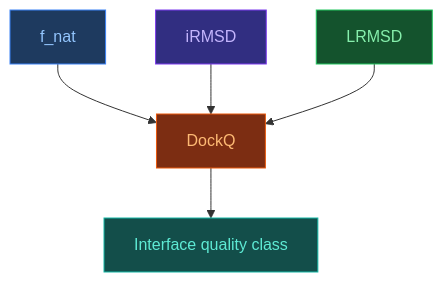
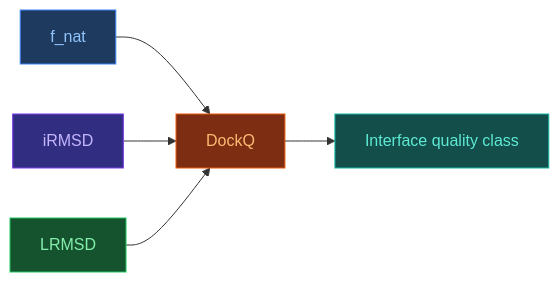
One commit to OlehVolkov/AlphaFold3-AIGen-KnowledgeBase changed the diagram in EN/2. Concepts/2.3. Structural-Bioinformatics/2.3.3. DockQ.md. Above: the diagram before and after it, drawn with Mermaid. The commit also changed 33 other files, not shown here.

Commit message:
Linting and fixes in diagrams

````diff
--- a/EN/2. Concepts/2.3. Structural-Bioinformatics/2.3.3. DockQ.md
+++ b/EN/2. Concepts/2.3. Structural-Bioinformatics/2.3.3. DockQ.md
@@ -39,20 +39,20 @@
 ```mermaid
-flowchart TD
+flowchart LR
     FN["f_nat"]:::input
     IR["iRMSD"]:::trunk
     LR["LRMSD"]:::diffusion
     DQ["DockQ"]:::confidence
     OUT["Interface quality class"]:::output
 
     FN --> DQ
     IR --> DQ
     LR --> DQ
     DQ --> OUT
 
     classDef input fill:#1e3a5f,stroke:#3b82f6,color:#93c5fd
     classDef trunk fill:#312e81,stroke:#7c3aed,color:#c4b5fd
     classDef diffusion fill:#14532d,stroke:#22c55e,color:#86efac
     classDef confidence fill:#7c2d12,stroke:#ea580c,color:#fdba74
     classDef output fill:#134e4a,stroke:#14b8a6,color:#5eead4
     classDef neutral fill:#1e293b,stroke:#475569,color:#94a3b8
 ```
````
